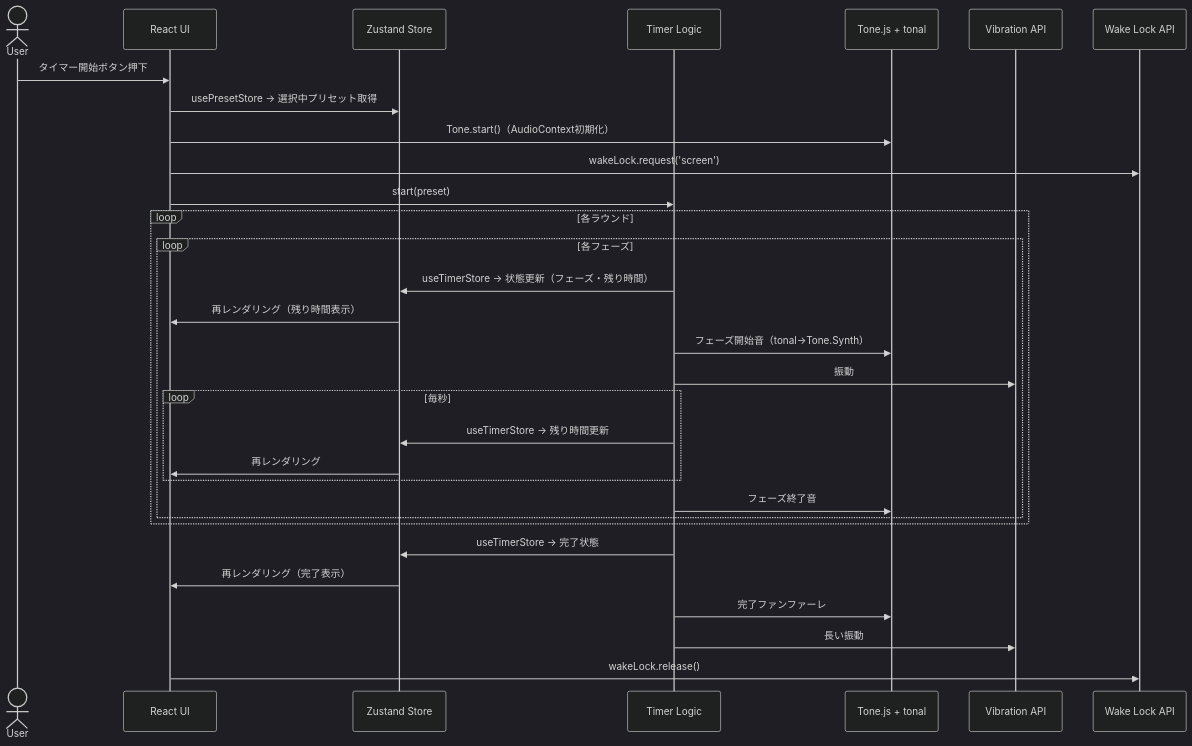
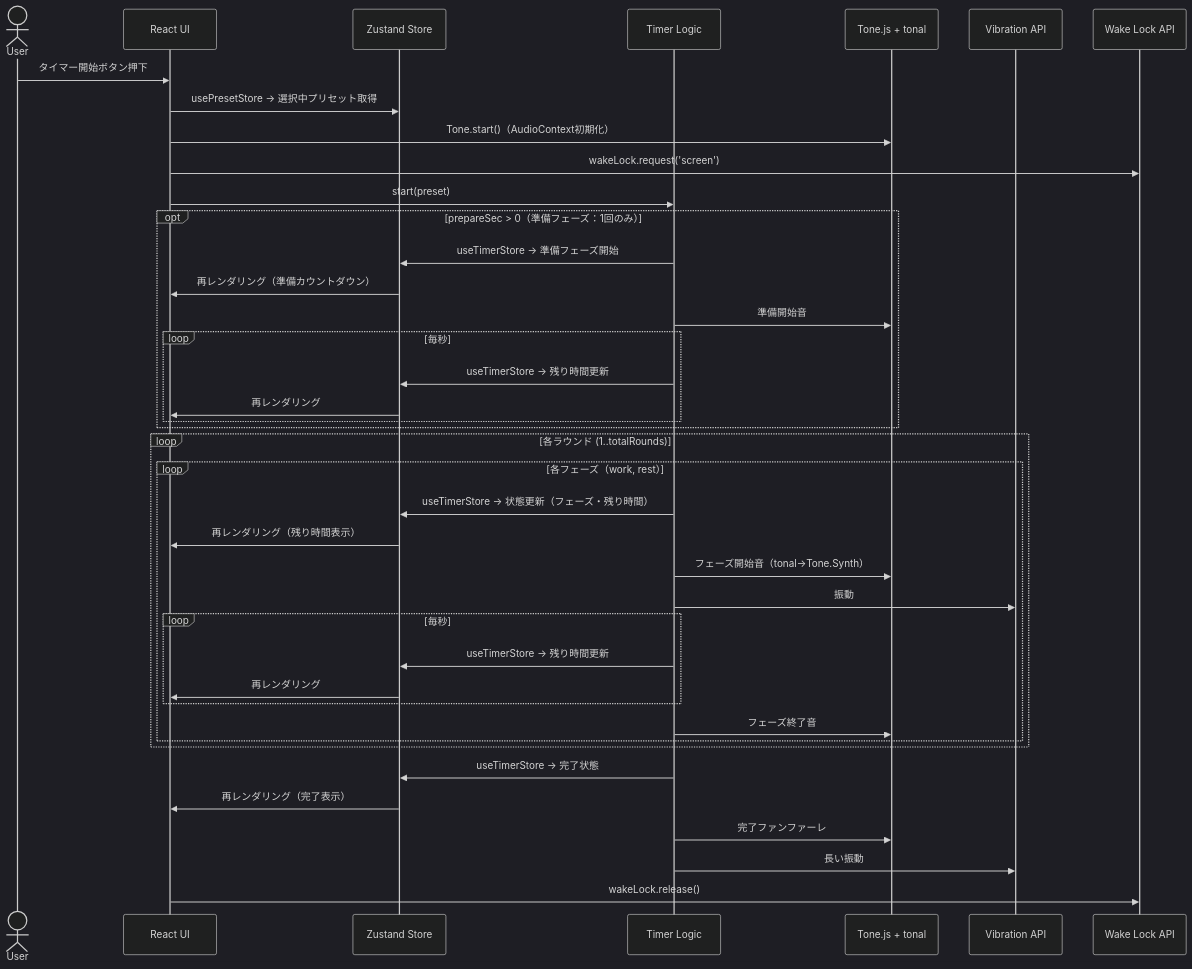
The seventh of 12 diagrams in docs/design-docs/interval-timer-pwa.md (53able/Interval-timer), drawn with Mermaid (dark theme) before and after one commit. The commit also changed other lines of this file, not shown here.

Commit message:
docs: prepareフェーズをPresetトップレベルに分離する設計変更を反映
何を変えたか:
- Phaseのtypeからprepareを削除し、work/restのみに
- PresetにprepareSec（準備秒数）フィールドを追加
- 処理フロー図にprepareSec分岐を追加
- 変更履歴に設計変更の経緯を記録

なぜ変えたか:
- phases配列内のprepareが毎ラウンド実行される不具合を解消
- 合計時間計算（4:10）との矛盾を修正

````diff
--- a/docs/design-docs/interval-timer-pwa.md
+++ b/docs/design-docs/interval-timer-pwa.md
@@ -360,38 +362,48 @@
 ```mermaid
 sequenceDiagram
     actor User
     participant UI as React UI
     participant Store as Zustand Store
     participant Timer as Timer Logic
     participant Sound as Tone.js + tonal
     participant Vibration as Vibration API
     participant WakeLock as Wake Lock API
 
     User->>UI: タイマー開始ボタン押下
     UI->>Store: usePresetStore → 選択中プリセット取得
     UI->>Sound: Tone.start()（AudioContext初期化）
     UI->>WakeLock: wakeLock.request('screen')
     UI->>Timer: start(preset)
+
+    opt prepareSec > 0（準備フェーズ：1回のみ）
+        Timer->>Store: useTimerStore → 準備フェーズ開始
+        Store->>UI: 再レンダリング（準備カウントダウン）
+        Timer->>Sound: 準備開始音
+        loop 毎秒
+            Timer->>Store: useTimerStore → 残り時間更新
+            Store->>UI: 再レンダリング
+        end
+    end
     
-    loop 各ラウンド
-        loop 各フェーズ
+    loop 各ラウンド (1..totalRounds)
+        loop 各フェーズ（work, rest）
             Timer->>Store: useTimerStore → 状態更新（フェーズ・残り時間）
             Store->>UI: 再レンダリング（残り時間表示）
             Timer->>Sound: フェーズ開始音（tonal→Tone.Synth）
             Timer->>Vibration: 振動
             
             loop 毎秒
                 Timer->>Store: useTimerStore → 残り時間更新
                 Store->>UI: 再レンダリング
             end
             
             Timer->>Sound: フェーズ終了音
         end
     end
     
     Timer->>Store: useTimerStore → 完了状態
     Store->>UI: 再レンダリング（完了表示）
     Timer->>Sound: 完了ファンファーレ
     Timer->>Vibration: 長い振動
     UI->>WakeLock: wakeLock.release()
 ```
````
